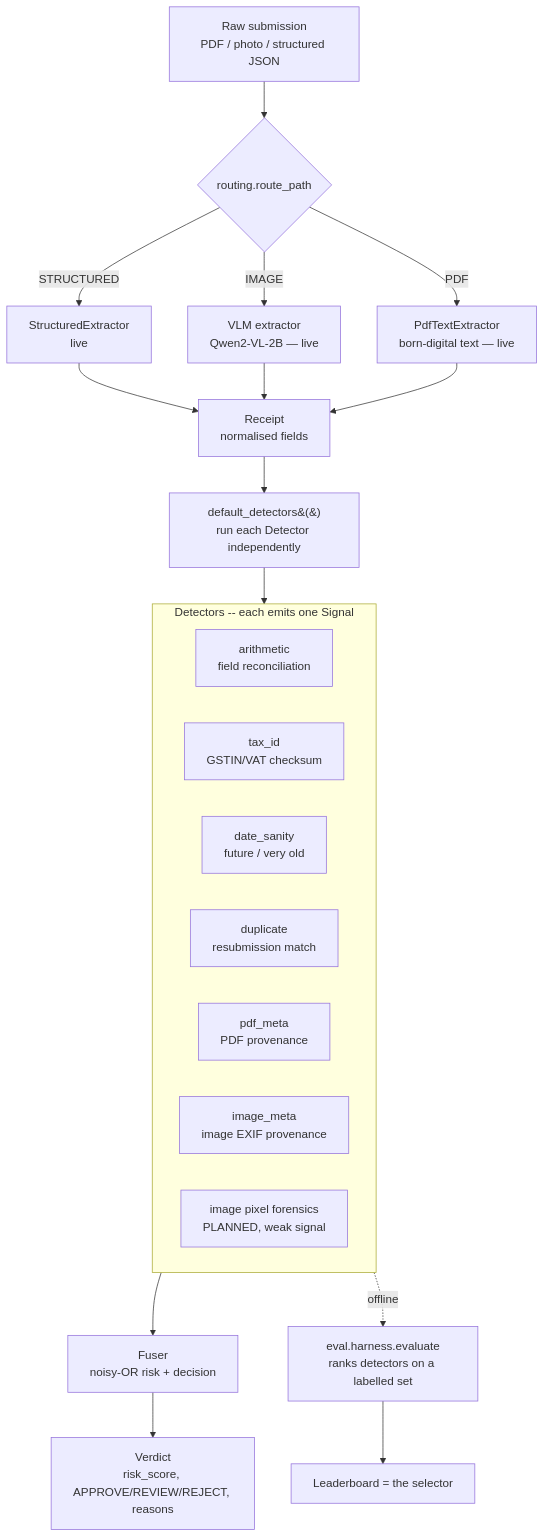
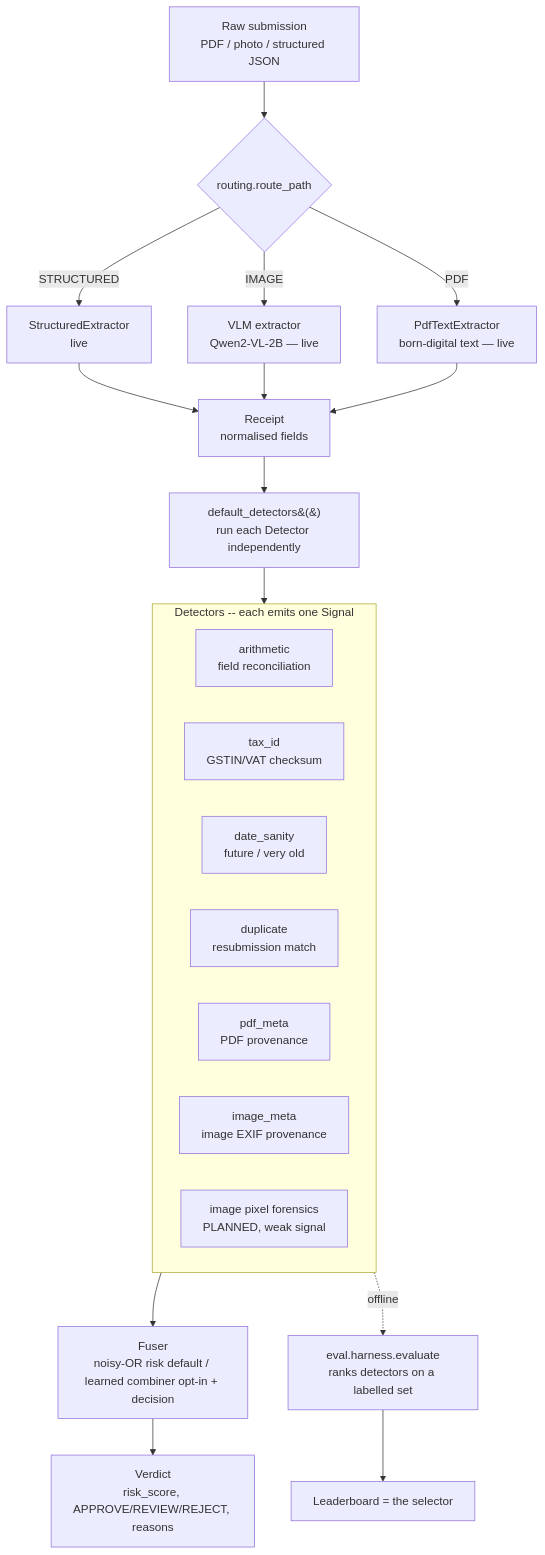
The diagram in ARCHITECTURE.md (Akshat-Dhiraaj/reimbursement), drawn with Mermaid before and after one commit. The commit also changed other lines of this file and 10 other files, not shown here.

````diff
--- a/ARCHITECTURE.md
+++ b/ARCHITECTURE.md
@@ -12,29 +12,29 @@
 ```mermaid
 flowchart TD
     A[Raw submission<br/>PDF / photo / structured JSON] --> R{routing.route_path}
     R -->|PDF| XP[PdfTextExtractor<br/>born-digital text — live]
     R -->|IMAGE| XV[VLM extractor<br/>Qwen2-VL-2B — live]
     R -->|STRUCTURED| SE[StructuredExtractor<br/>live]
     SE --> RC[Receipt<br/>normalised fields]
     XV --> RC
     XP --> RC
 
     RC --> D[default_detectors&#40;&#41;<br/>run each Detector independently]
 
     subgraph DET[Detectors -- each emits one Signal]
       D1[arithmetic<br/>field reconciliation]
       D2[tax_id<br/>GSTIN/VAT checksum]
       D3[date_sanity<br/>future / very old]
       D4[duplicate<br/>resubmission match]
       D5[pdf_meta<br/>PDF provenance]
       D6[image_meta<br/>image EXIF provenance]
       D7[image pixel forensics<br/>PLANNED, weak signal]
     end
     D --> DET
 
-    DET --> F[Fuser<br/>noisy-OR risk + decision]
+    DET --> F[Fuser<br/>noisy-OR risk default / learned combiner opt-in + decision]
     F --> V[Verdict<br/>risk_score, APPROVE/REVIEW/REJECT, reasons]
 
     DET -. offline .-> H[eval.harness.evaluate<br/>ranks detectors on a labelled set]
     H --> SEL[Leaderboard = the selector]
 ```
````
